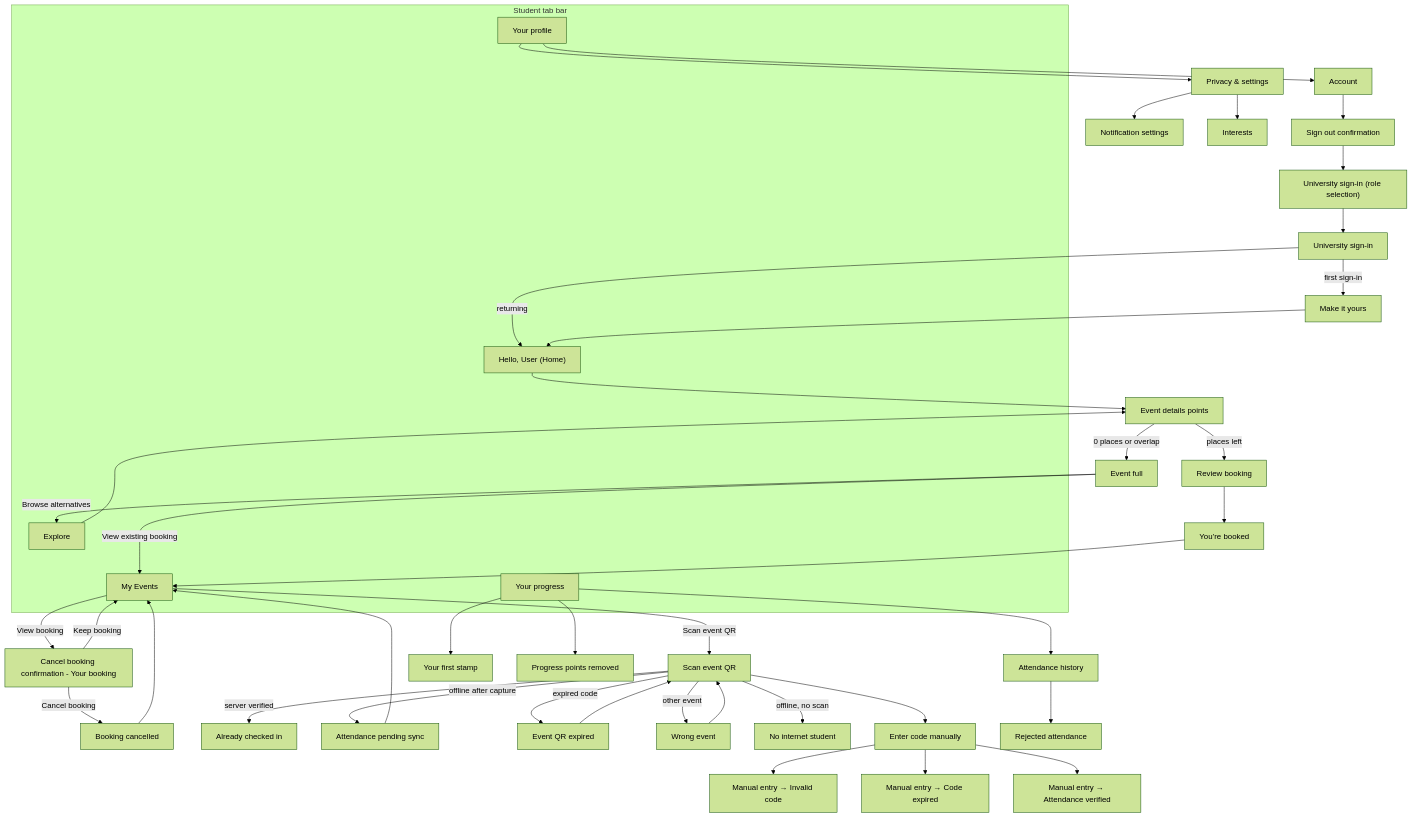
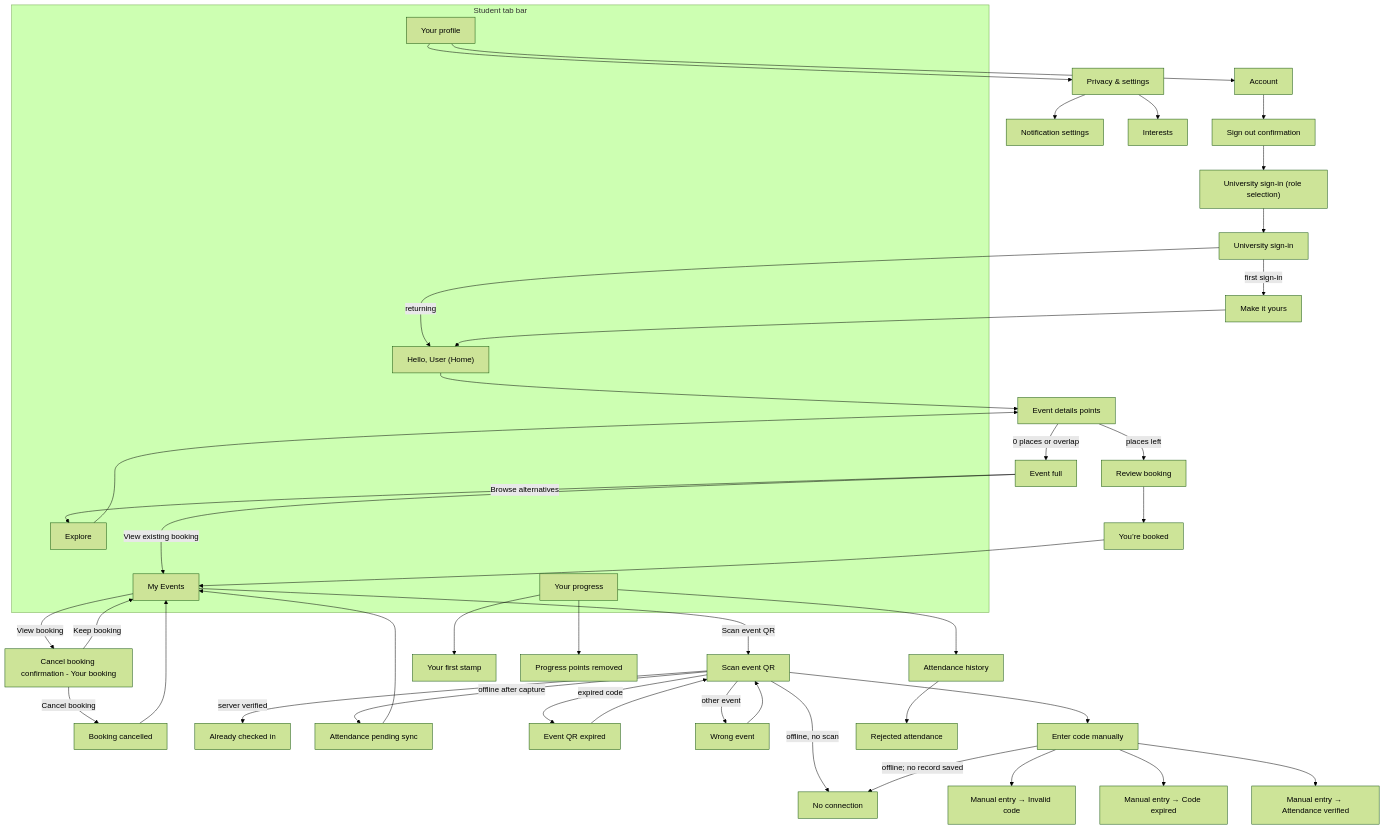
Before and after one commit to k31k1w0n9/Group-M-sCPD-Tracker: the third of 9 diagrams in README.md, drawn with Mermaid (forest theme). The commit also changed other lines of this file, not shown here.

First line of the commit message:
docs: add risk analysis and align stories and diagrams

````diff
--- a/README.md
+++ b/README.md
@@ -214,55 +210,56 @@
 ```mermaid
 flowchart TD
   RS["University sign-in (role selection)"] --> SI["University sign-in"]
   SI -->|first sign-in| MY["Make it yours"]
   SI -->|returning| HOME
   MY --> HOME
  
   subgraph Tabs["Student tab bar"]
     HOME["Hello, User (Home)"]
     EX["Explore"]
     ME["My Events"]
     PG["Your progress"]
     PF["Your profile"]
   end
  
   HOME --> ED["Event details points"]
   EX --> ED
   ED -->|places left| RB["Review booking"]
   ED -->|0 places or overlap| EF["Event full"]
   EF -->|Browse alternatives| EX
   EF -->|View existing booking| ME
   RB --> BK["You’re booked"]
   BK --> ME
  
   ME -->|View booking| CB["Cancel booking confirmation - Your booking"]
   CB -->|Cancel booking| BC["Booking cancelled"]
   CB -->|Keep booking| ME
   BC --> ME
  
   ME -->|Scan event QR| SQ["Scan event QR"]
   SQ -->|server verified| AC["Already checked in"]
   SQ -->|offline after capture| PS["Attendance pending sync"]
   SQ -->|expired code| QE["Event QR expired"]
   SQ -->|other event| WE["Wrong event"]
-  SQ -->|offline, no scan| NI["No internet student"]
+  SQ -->|offline, no scan| NI["No connection"]
   SQ --> MC["Enter code manually"]
+  MC -->|offline; no record saved| NI
   QE --> SQ
   WE --> SQ
   MC --> IC["Manual entry → Invalid code"]
   MC --> CE["Manual entry → Code expired"]
   MC --> MV["Manual entry → Attendance verified"]
   PS --> ME
  
   PG --> AH["Attendance history"]
   PG --> FS["Your first stamp"]
   PG --> PP["Progress points removed"]
   AH --> RA["Rejected attendance"]
  
   PF --> PSET["Privacy & settings"]
   PSET --> NS["Notification settings"]
   PSET --> IN["Interests"]
   PF --> AO["Account"]
   AO --> SO["Sign out confirmation"]
   SO --> RS
 ```
````
